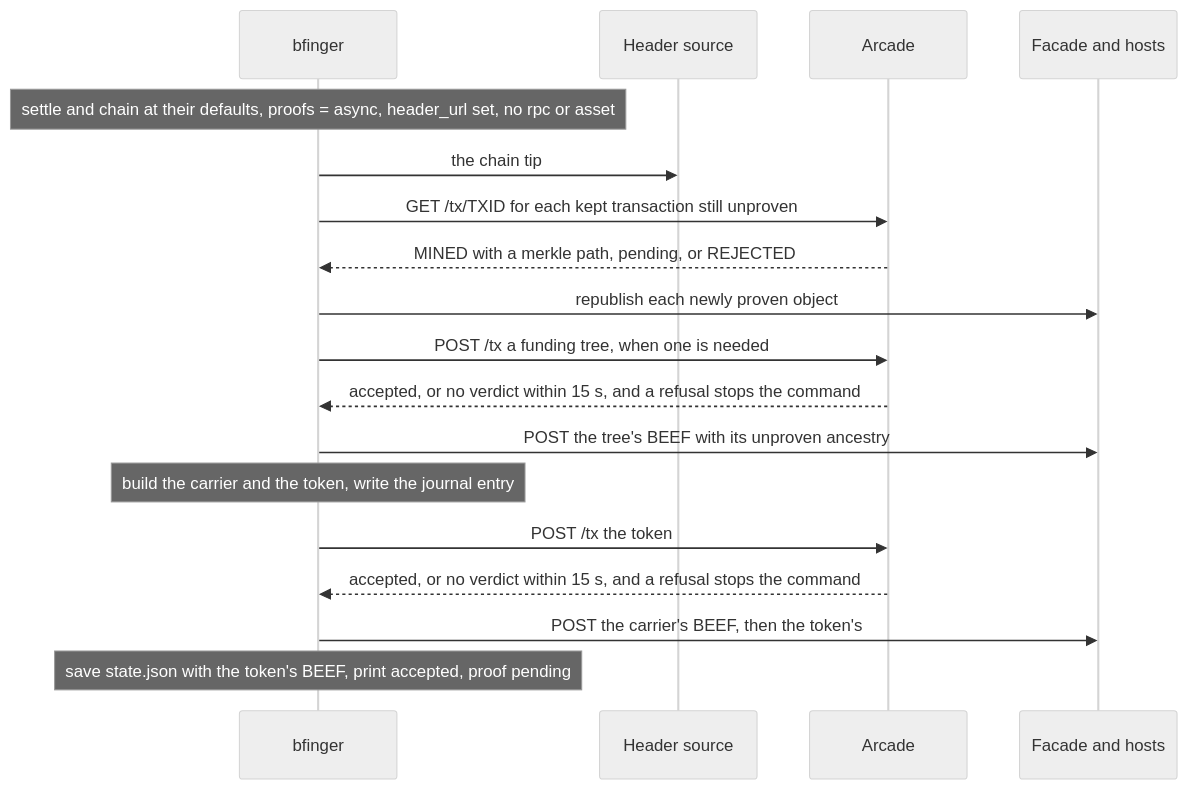
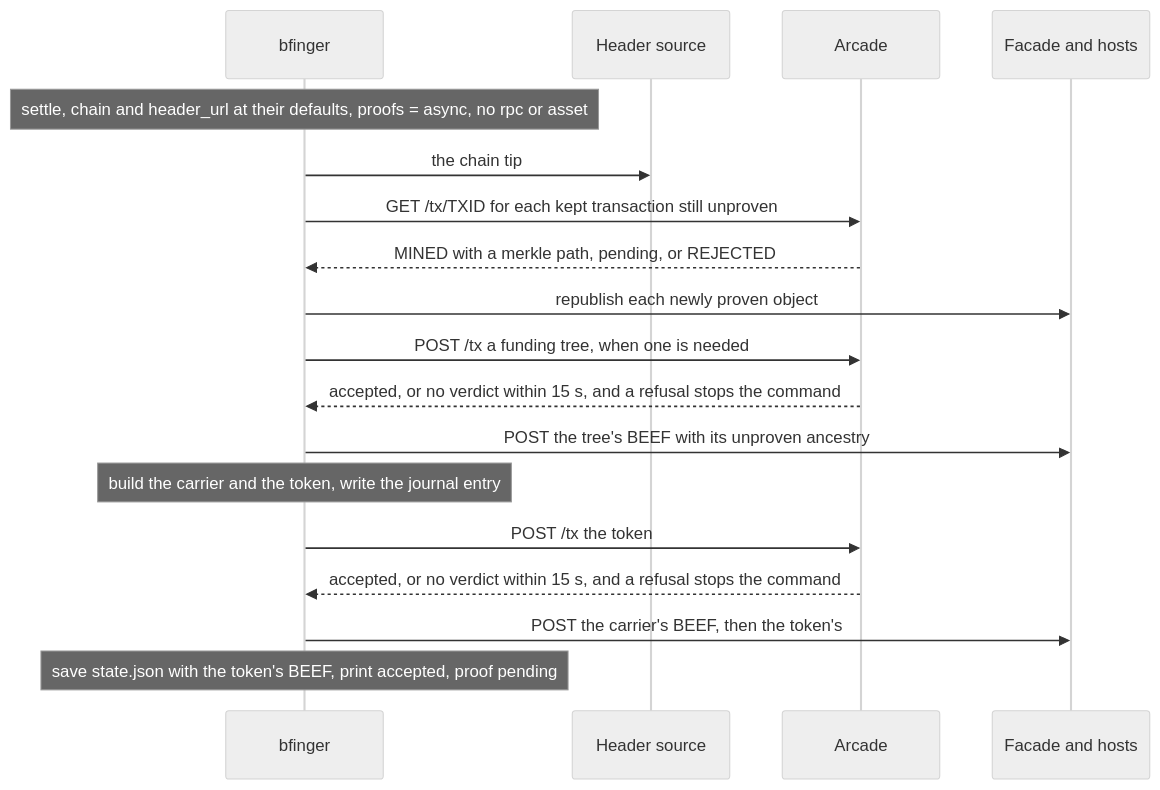
Before and after one commit to lightwebinc/bfinger: diagram 13 of 19 in docs/flows.md, drawn with Mermaid (neutral theme). The commit also changed other lines of this file and 21 other files, not shown here.

Commit message:
[Fix] bcommon v0.15.0 fees, header_url defaults to woc

````diff
--- a/docs/flows.md
+++ b/docs/flows.md
@@ -386,20 +386,20 @@
 ```mermaid
 sequenceDiagram
   participant B as bfinger
   participant S as Header source
   participant A as Arcade
   participant F as Facade and hosts
-  Note over B: settle and chain at their defaults, proofs = async, header_url set, no rpc or asset
+  Note over B: settle, chain and header_url at their defaults, proofs = async, no rpc or asset
   B->>S: the chain tip
   B->>A: GET /tx/TXID for each kept transaction still unproven
   A-->>B: MINED with a merkle path, pending, or REJECTED
   B->>F: republish each newly proven object
   B->>A: POST /tx a funding tree, when one is needed
   A-->>B: accepted, or no verdict within 15 s, and a refusal stops the command
   B->>F: POST the tree's BEEF with its unproven ancestry
   Note over B: build the carrier and the token, write the journal entry
   B->>A: POST /tx the token
   A-->>B: accepted, or no verdict within 15 s, and a refusal stops the command
   B->>F: POST the carrier's BEEF, then the token's
   Note over B: save state.json with the token's BEEF, print accepted, proof pending
 ```
````
